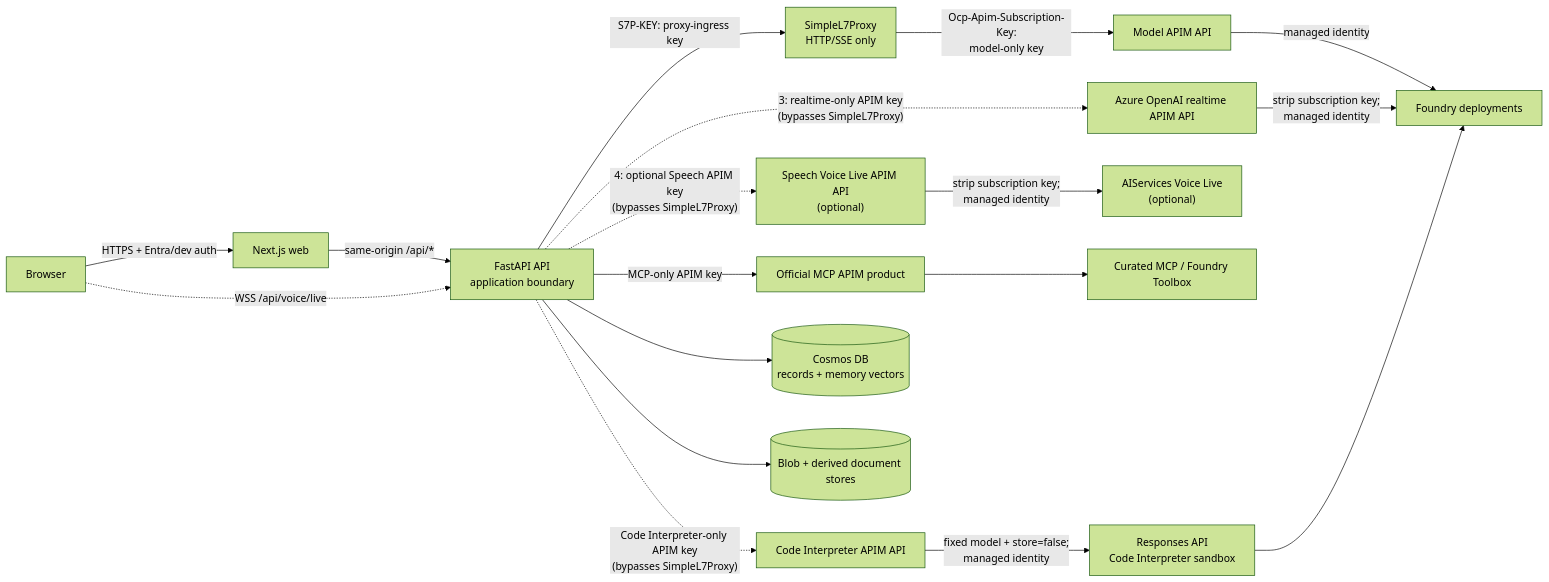
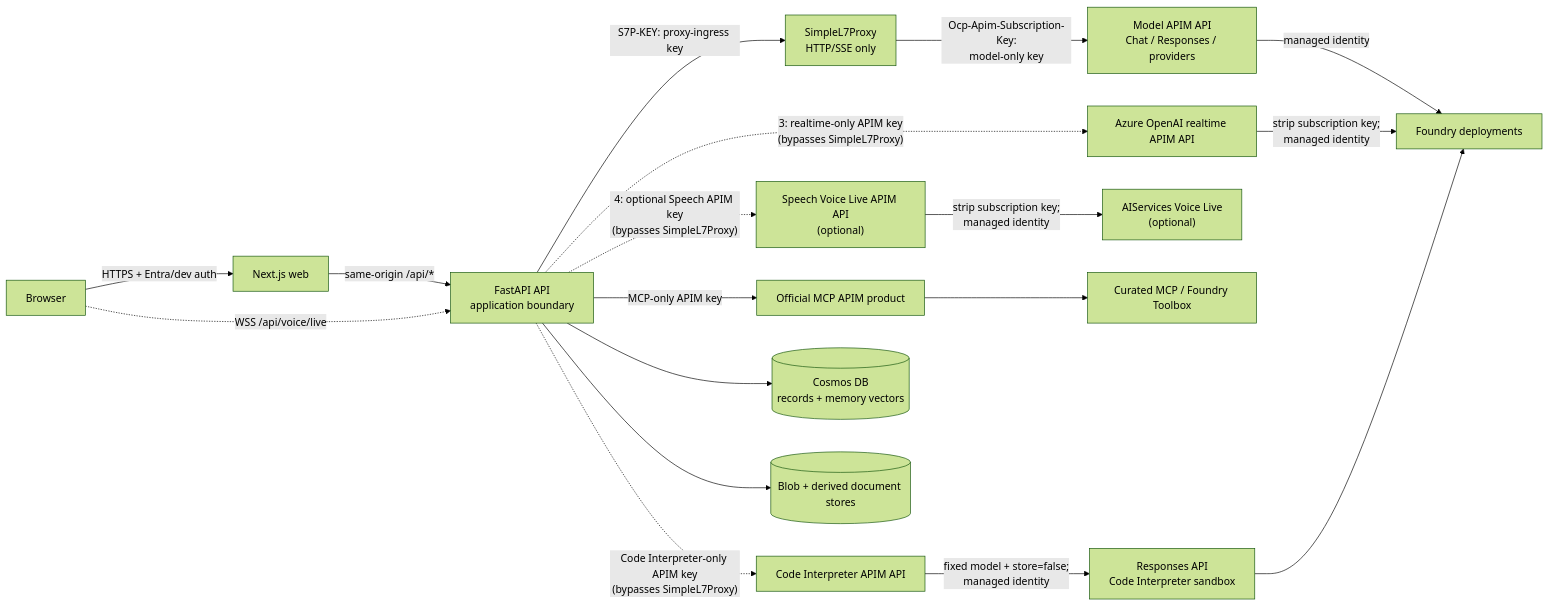
Before and after one commit to ian-t-adams/AI4IA: the diagram in docs/architecture.md, drawn with Mermaid (forest theme). The commit also changed other lines of this file and 35 other files, not shown here.

Commit message:
fix(models): route GPT-5.6 through Responses API

````diff
--- a/docs/architecture.md
+++ b/docs/architecture.md
@@ -70,36 +70,36 @@
 ```mermaid
 flowchart LR
   B["Browser"]
   W["Next.js web"]
   A["FastAPI API<br/>application boundary"]
   P["SimpleL7Proxy<br/>HTTP/SSE only"]
-  G["Model APIM API"]
+  G["Model APIM API<br/>Chat / Responses / providers"]
   R["Azure OpenAI realtime APIM API"]
   V["Speech Voice Live APIM API<br/>(optional)"]
   I["Code Interpreter APIM API"]
   M["Official MCP APIM product"]
   F["Foundry deployments"]
   S["AIServices Voice Live<br/>(optional)"]
   T["Curated MCP / Foundry Toolbox"]
   X["Responses API<br/>Code Interpreter sandbox"]
   C[("Cosmos DB<br/>records + memory vectors")]
   D[("Blob + derived document stores")]
 
   B -->|"HTTPS + Entra/dev auth"| W
   W -->|"same-origin /api/*"| A
   B -. "WSS /api/voice/live" .-> A
   A -->|"S7P-KEY: proxy-ingress key"| P
   P -->|"Ocp-Apim-Subscription-Key:<br/>model-only key"| G
   G -->|"managed identity"| F
   A -. "3: realtime-only APIM key<br/>(bypasses SimpleL7Proxy)" .-> R
   R -->|"strip subscription key;<br/>managed identity"| F
   A -. "4: optional Speech APIM key<br/>(bypasses SimpleL7Proxy)" .-> V
   V -->|"strip subscription key;<br/>managed identity"| S
   A -->|"MCP-only APIM key"| M
   M --> T
   A -. "Code Interpreter-only APIM key<br/>(bypasses SimpleL7Proxy)" .-> I
   I -->|"fixed model + store=false;<br/>managed identity"| X
   X --> F
   A --> C
   A --> D
 ```
````
